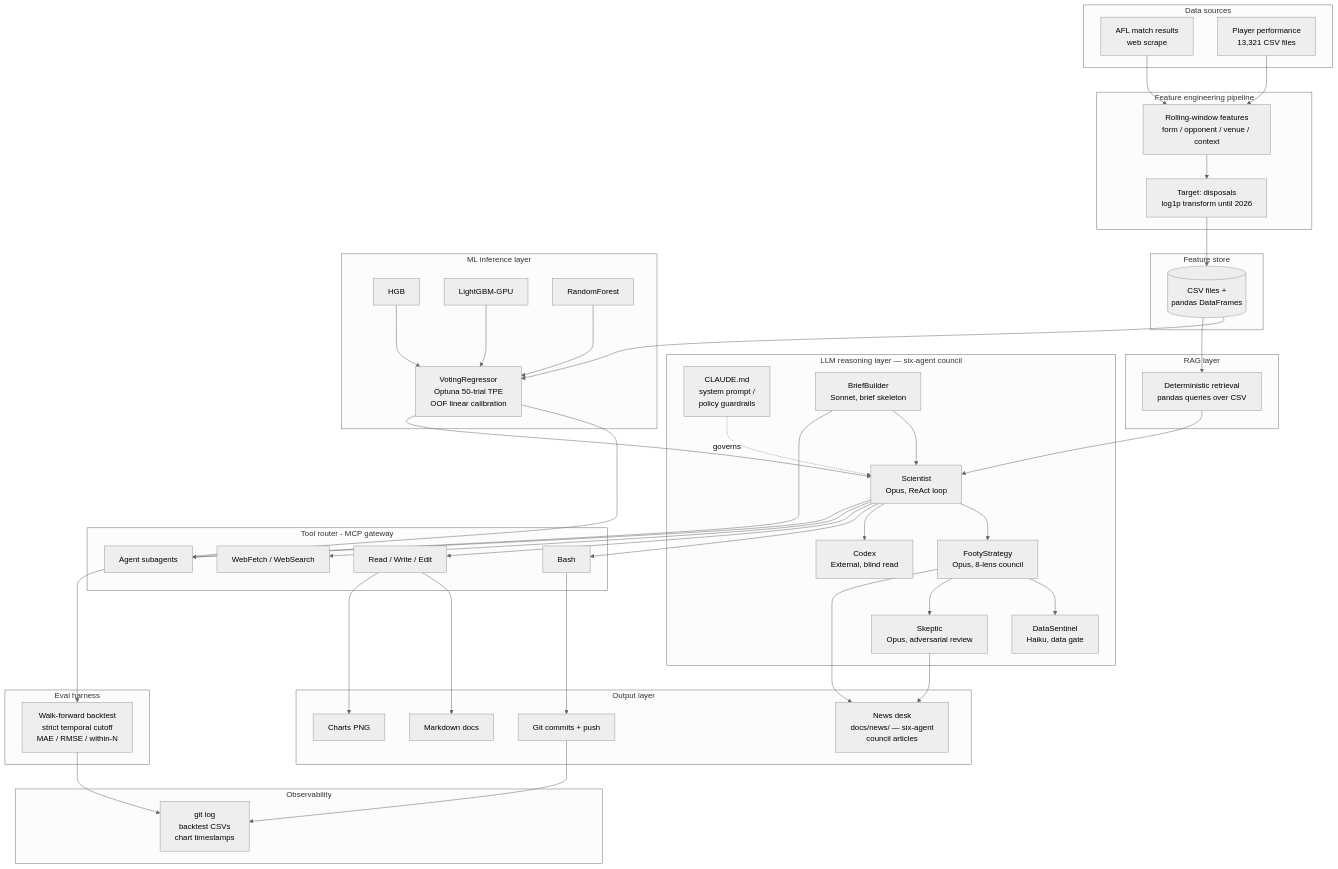
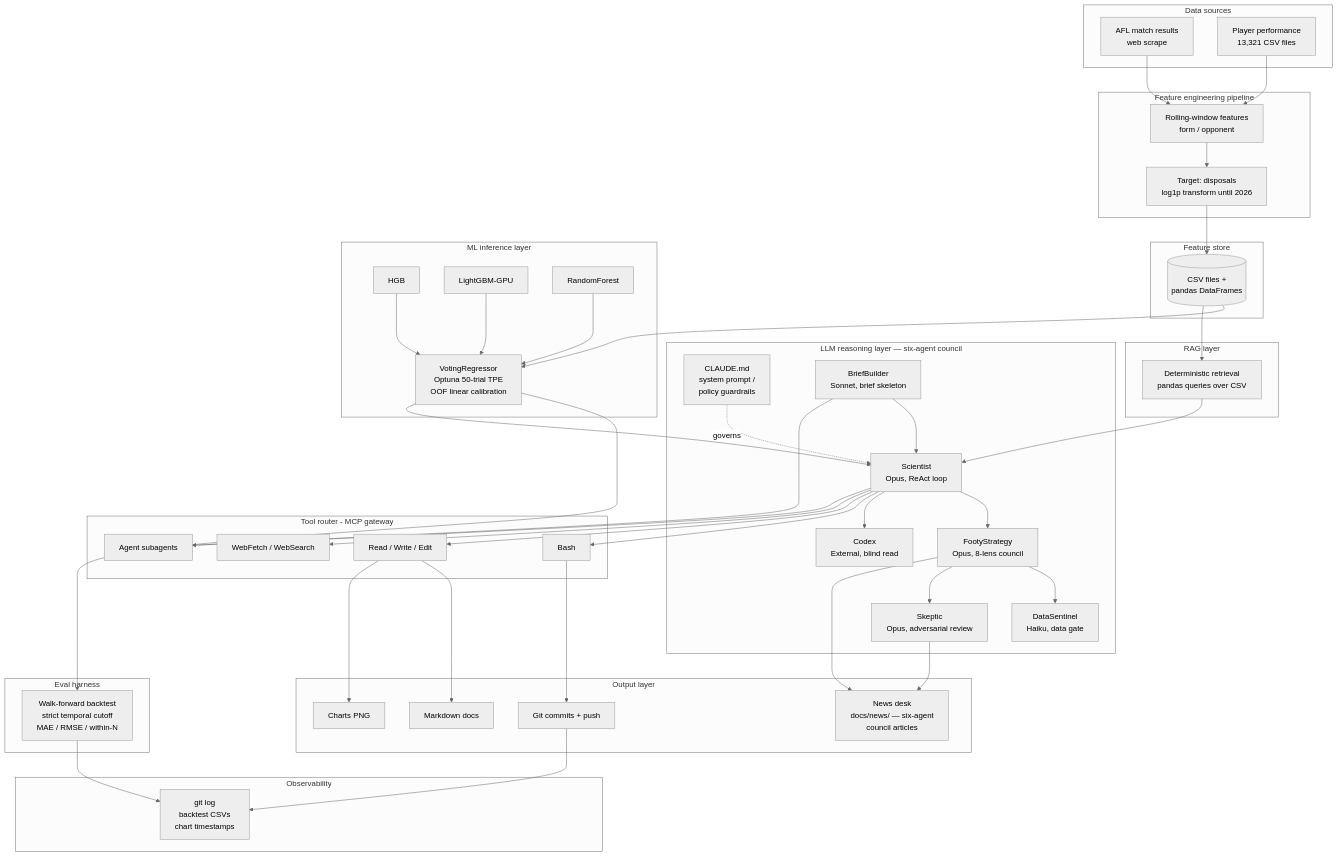
Before and after one commit to apur27/SuperCoach-VIA: the diagram in docs/ai-architecture.md, drawn with Mermaid (neutral theme). The commit also changed other lines of this file and 1 other file, not shown here.

Commit message:
Fix Surveyor D1+D2: QA prediction selector mtime + residual venue claims
D1 (HIGH, gate defect): QA.md section 3 selected the prediction CSV via sorted()[-1] — the same
lexicographic bug F01 fixed, resolving to the round-9 May file. Now sorts by os.path.getmtime.
D2: ai-architecture.md mermaid node (:37) and fairness section (:609) still listed venue/context
as model features, contradicting the S1a-corrected :129 — removed (line 447 venue-name mention is
about scraped text fields, not a model claim; left).

Claude-Session: https://claude.ai/code/session_01AEEwE3Svxrq5C2xqPF25a8

```diff
--- a/docs/ai-architecture.md
+++ b/docs/ai-architecture.md
@@ -34,7 +34,7 @@
     end
 
     subgraph Pipeline["Feature engineering pipeline"]
-        B1[Rolling-window features<br/>form / opponent / venue / context]
+        B1[Rolling-window features<br/>form / opponent]
         B2[Target: disposals<br/>log1p transform until 2026]
     end
 
```
